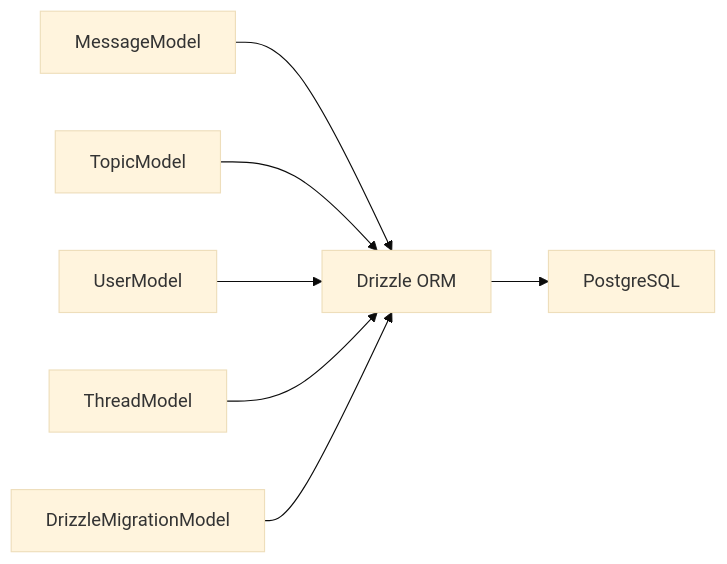
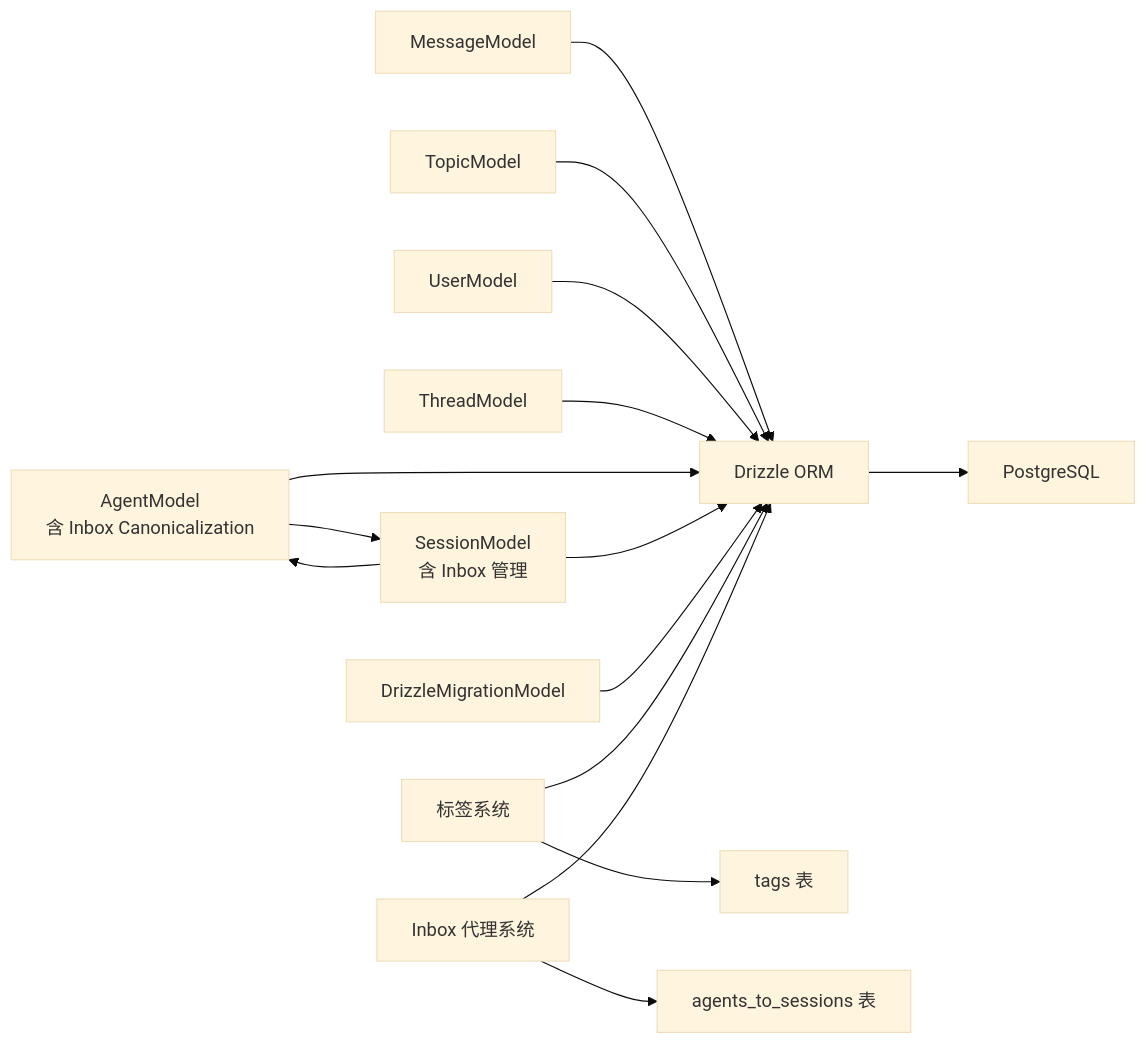
One commit to AvatoLabs/avato changed the ninth of 9 diagrams in .qoder/repowiki/zh/content/数据库设计/数据库设计.md. Above: the diagram before and after it, drawn with Mermaid (base theme). The commit also changed other lines of this file and 158 other files, not shown here.

````diff
--- a/.qoder/repowiki/zh/content/数据库设计/数据库设计.md
+++ b/.qoder/repowiki/zh/content/数据库设计/数据库设计.md
@@ -336,9 +497,17 @@
 ```mermaid
 graph LR
 MessageModel["MessageModel"] --> ORM["Drizzle ORM"]
 TopicModel["TopicModel"] --> ORM
 UserModel["UserModel"] --> ORM
 ThreadModel["ThreadModel"] --> ORM
+AgentModel["AgentModel<br/>含 Inbox Canonicalization"] --> ORM
+SessionModel["SessionModel<br/>含 Inbox 管理"] --> ORM
 DrizzleMigrationModel["DrizzleMigrationModel"] --> ORM
+TagsSystem["标签系统"] --> ORM
+InboxSystem["Inbox 代理系统"] --> ORM
+AgentModel --> SessionModel
+SessionModel --> AgentModel
 ORM --> PG["PostgreSQL"]
+TagsSystem --> TagsTable["tags 表"]
+InboxSystem --> AgentsToSessions["agents_to_sessions 表"]
 ```
````
